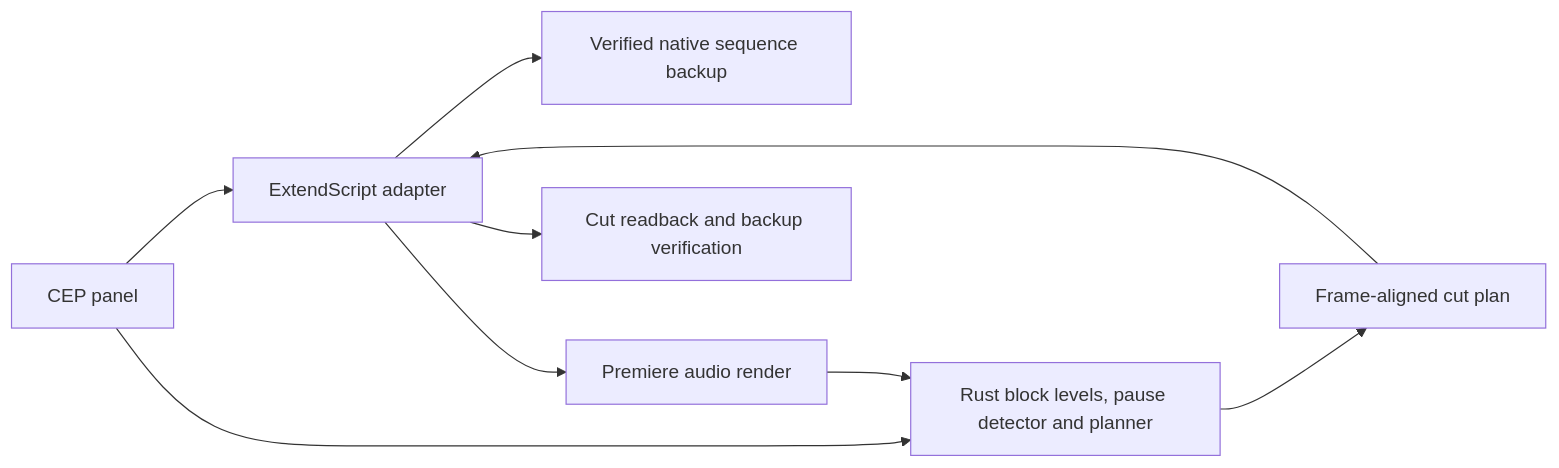
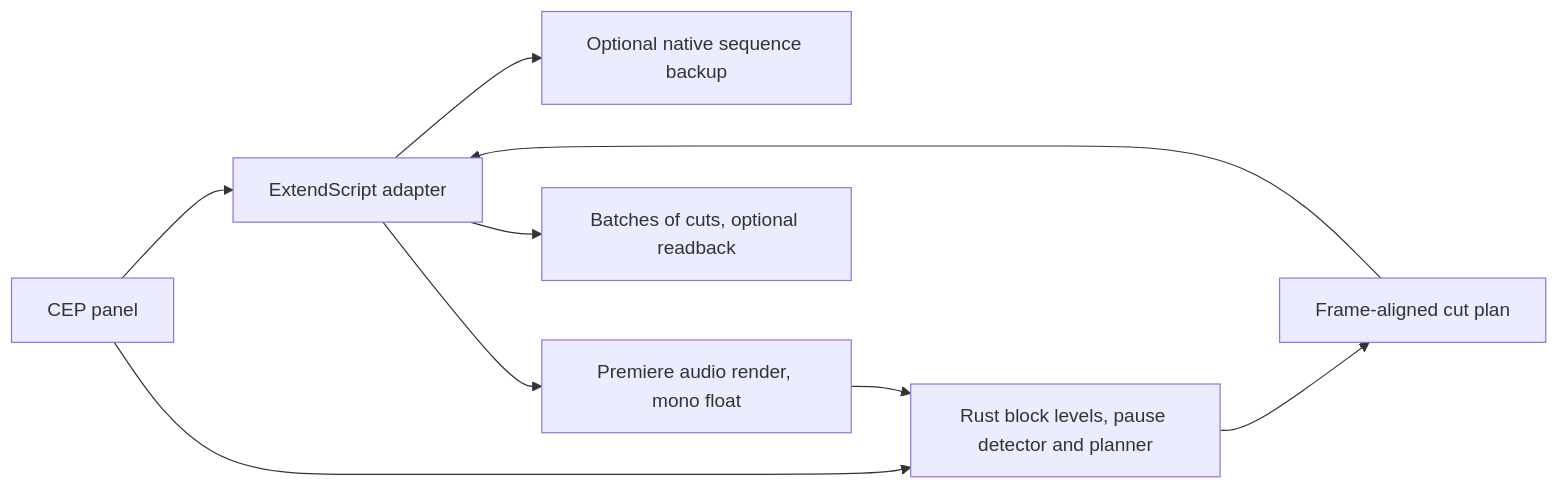
Before and after one commit to nicremo/open-silences: the diagram in docs/ARCHITECTURE.md, drawn with Mermaid. The commit also changed other lines of this file and 28 other files, not shown here.

````diff
--- a/docs/ARCHITECTURE.md
+++ b/docs/ARCHITECTURE.md
@@ -9,11 +9,11 @@
 ```mermaid
 flowchart LR
     Panel[CEP panel] --> Host[ExtendScript adapter]
-    Host --> Backup[Verified native sequence backup]
-    Host --> Audio[Premiere audio render]
+    Host --> Backup[Optional native sequence backup]
+    Host --> Audio[Premiere audio render, mono float]
     Panel --> Engine[Rust block levels, pause detector and planner]
     Audio --> Engine
     Engine --> Plan[Frame-aligned cut plan]
     Plan --> Host
-    Host --> Result[Cut readback and backup verification]
+    Host --> Result[Batches of cuts, optional readback]
 ```
````
